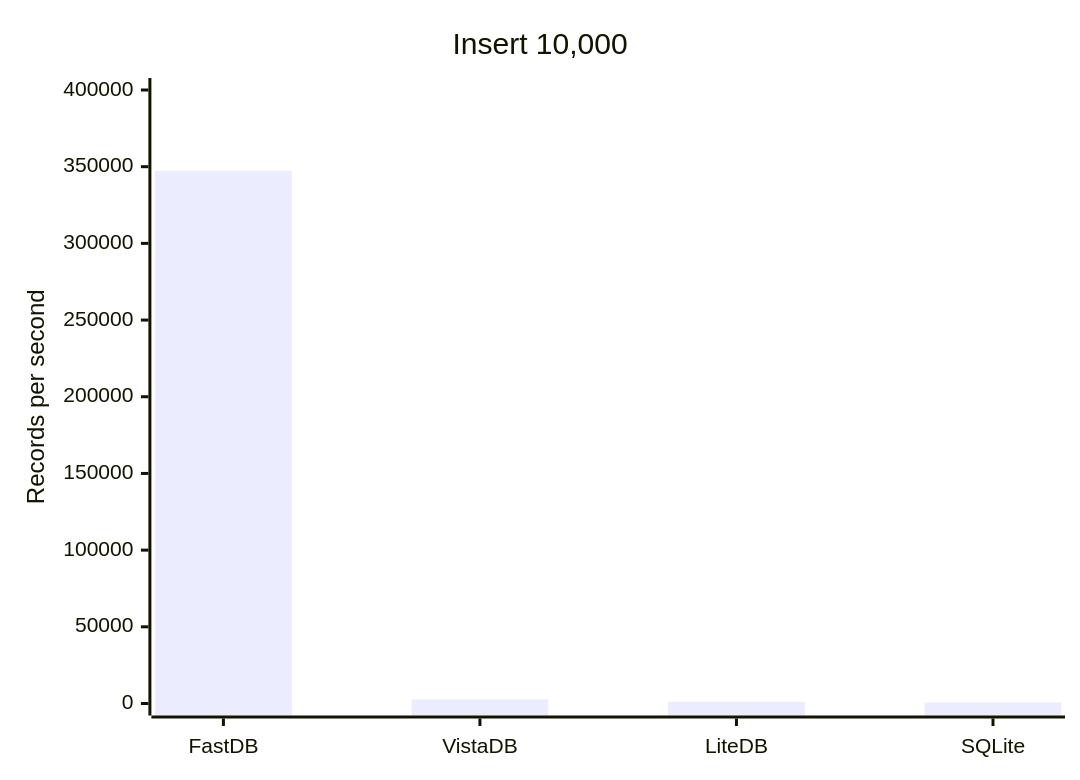
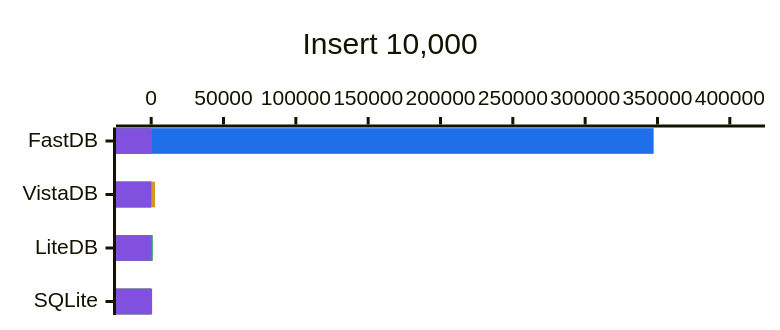
Before and after one commit to stonstad/Stellar.FastDB: the first of 5 diagrams in README.md, drawn with Mermaid. The commit also changed other lines of this file, not shown here.

````diff
--- a/README.md
+++ b/README.md
@@ -6,7 +6,11 @@
 ```mermaid
-xychart-beta
+%%{init: {"xyChart": {"width": 500, "height": 200}, "themeVariables": {"xyChart": {"plotColorPalette": "#1f6feb, #d29922, #2da44e, #8250df"}}}}%%
+xychart-beta horizontal
     title "Insert 10,000"
     x-axis [FastDB, VistaDB, LiteDB, SQLite]
     y-axis "Records per second" 0 --> 400000
-    bar [347343, 2648, 1110, 644]
+    bar [347343, 0, 0, 0]
+    bar [0, 2648, 0, 0]
+    bar [0, 0, 1110, 0]
+    bar [0, 0, 0, 644]
 ```
````
